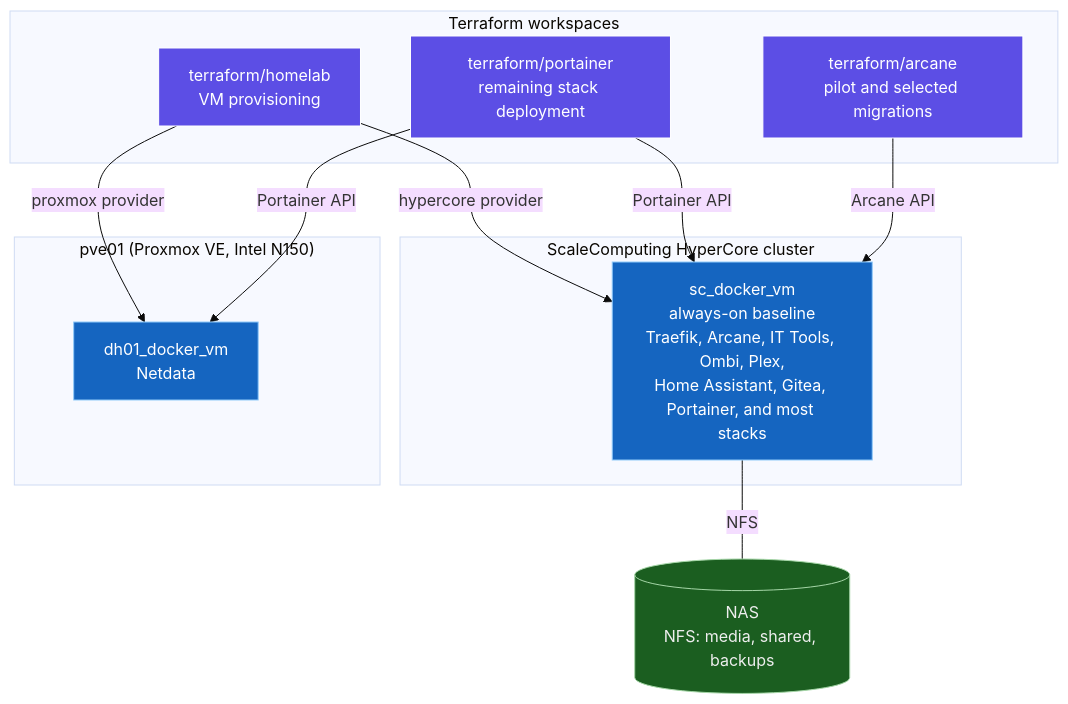
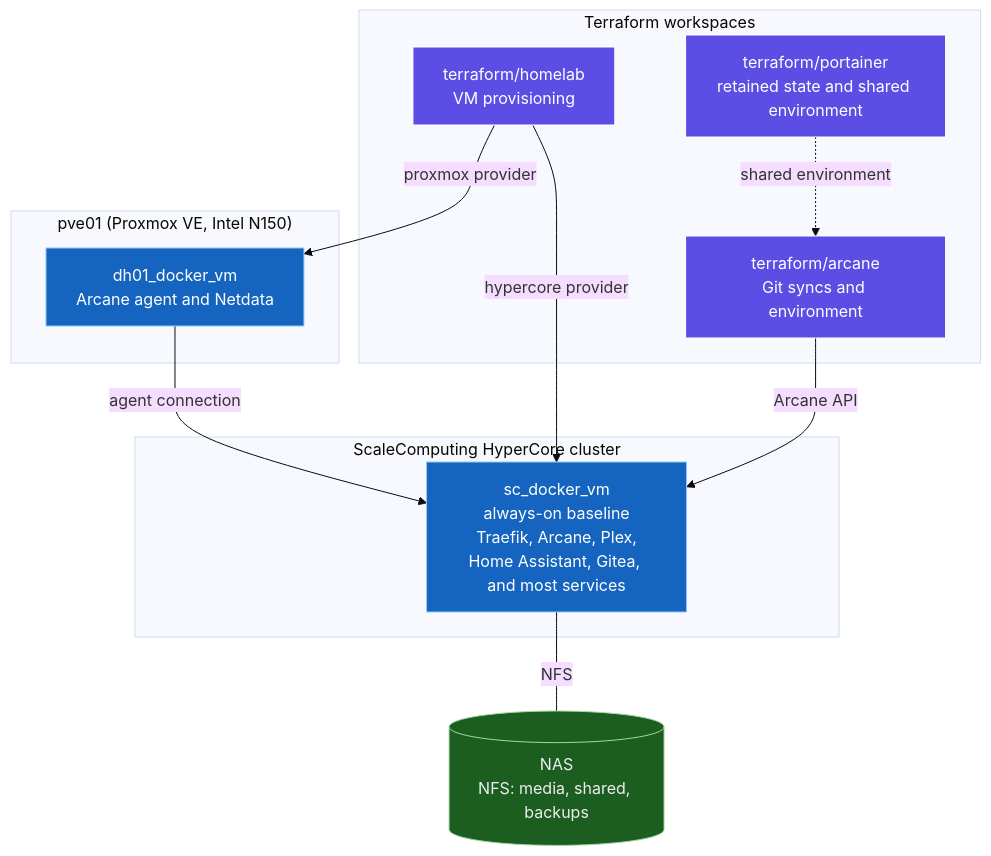
The first of 4 diagrams in docs/architecture.md (locus313/homelab-gitops), drawn with Mermaid (base theme) before and after one commit. The commit also changed other lines of this file and 4 other files, not shown here.

Commit message:
chore(terraform/portainer): document retirement and disable fallback (#521)

````diff
--- a/docs/architecture.md
+++ b/docs/architecture.md
@@ -10,30 +11,30 @@
 ```mermaid
 graph TB
     classDef tf fill:#5c4ee5,stroke:#fff,color:#fff
     classDef vm fill:#1565c0,stroke:#90caf9,color:#fff
     classDef hw fill:#4e342e,stroke:#ffcc02,color:#fff
     classDef ext fill:#1b5e20,stroke:#a5d6a7,color:#eee
 
     subgraph IAC["Terraform workspaces"]
         TFH["terraform/homelab<br/>VM provisioning"]:::tf
-        TFP["terraform/portainer<br/>remaining stack deployment"]:::tf
-        TFA["terraform/arcane<br/>pilot and selected migrations"]:::tf
+        TFP["terraform/portainer<br/>retained state and shared environment"]:::tf
+        TFA["terraform/arcane<br/>Git syncs and environment"]:::tf
     end
 
     subgraph SC["ScaleComputing HyperCore cluster"]
-        SCVM["sc_docker_vm<br/>always-on baseline<br/>Traefik, Arcane, IT Tools, Ombi, Plex,<br/>Home Assistant, Gitea, Portainer, and most stacks"]:::vm
+        SCVM["sc_docker_vm<br/>always-on baseline<br/>Traefik, Arcane, Plex,<br/>Home Assistant, Gitea, and most services"]:::vm
     end
 
     subgraph PVE["pve01 (Proxmox VE, Intel N150)"]
-        DHVM["dh01_docker_vm<br/>Netdata"]:::vm
+        DHVM["dh01_docker_vm<br/>Arcane agent and Netdata"]:::vm
     end
 
     NAS[("NAS<br/>NFS: media, shared, backups")]:::ext
 
     TFH -->|hypercore provider| SCVM
     TFH -->|proxmox provider| DHVM
-    TFP -->|Portainer API| SCVM
-    TFP -->|Portainer API| DHVM
+    TFP -.->|shared environment| TFA
     TFA -->|Arcane API| SCVM
+    DHVM -->|agent connection| SCVM
     SCVM ---|NFS| NAS
 ```
````
